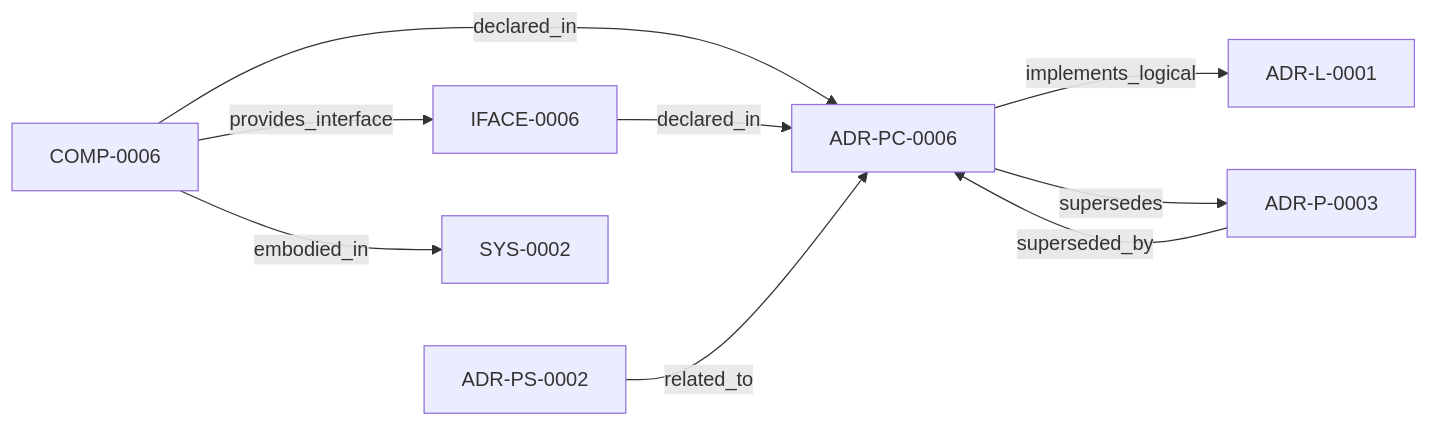
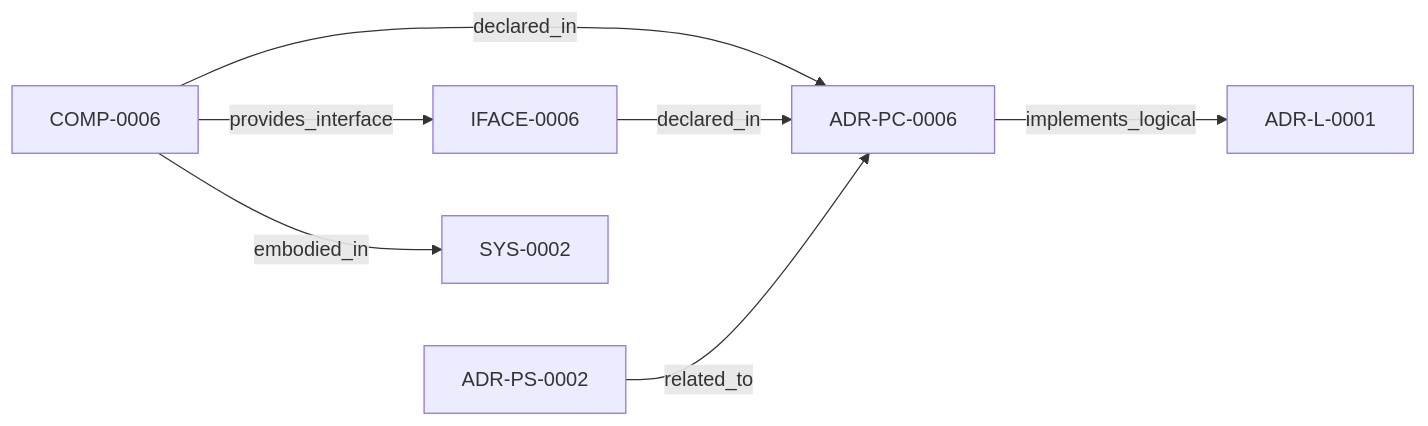
The diagram in adrs/adr-projection/physical-component/ADR-PC-0006-frontend-semantic-extraction.md (egallmann/ste-runtime), drawn with Mermaid before and after one commit. The commit also changed other lines of this file and 57 other files, not shown here.

````diff
--- a/adrs/adr-projection/physical-component/ADR-PC-0006-frontend-semantic-extraction.md
+++ b/adrs/adr-projection/physical-component/ADR-PC-0006-frontend-semantic-extraction.md
@@ -43,18 +43,15 @@
 ```mermaid
 flowchart LR
   n_019ff84e_4ece_791b_822f_21f537c95340["ADR-L-0001"]
   n_019ff84e_4ecf_73e1_8c0f_19a06db3004b["ADR-PC-0006"]
   n_019ff84e_4ecf_745c_9a2f_9fef67bdbe8d["COMP-0006"]
   n_019ff84e_4ecf_7900_893e_359d4c304446["IFACE-0006"]
   n_019ff84e_4ed0_73d5_aa3f_dfbfd18b339c["ADR-PS-0002"]
   n_019ff84e_4ed0_767d_a90d_e98e673532cc["SYS-0002"]
-  n_019ff84e_4ed0_7fa4_b739_80447b4e3085["ADR-P-0003"]
   n_019ff84e_4ecf_745c_9a2f_9fef67bdbe8d -->|"declared_in"| n_019ff84e_4ecf_73e1_8c0f_19a06db3004b
   n_019ff84e_4ecf_7900_893e_359d4c304446 -->|"declared_in"| n_019ff84e_4ecf_73e1_8c0f_19a06db3004b
   n_019ff84e_4ecf_745c_9a2f_9fef67bdbe8d -->|"embodied_in"| n_019ff84e_4ed0_767d_a90d_e98e673532cc
   n_019ff84e_4ecf_73e1_8c0f_19a06db3004b -->|"implements_logical"| n_019ff84e_4ece_791b_822f_21f537c95340
   n_019ff84e_4ecf_745c_9a2f_9fef67bdbe8d -->|"provides_interface"| n_019ff84e_4ecf_7900_893e_359d4c304446
   n_019ff84e_4ed0_73d5_aa3f_dfbfd18b339c -->|"related_to"| n_019ff84e_4ecf_73e1_8c0f_19a06db3004b
-  n_019ff84e_4ed0_7fa4_b739_80447b4e3085 -->|"superseded_by"| n_019ff84e_4ecf_73e1_8c0f_19a06db3004b
-  n_019ff84e_4ecf_73e1_8c0f_19a06db3004b -->|"supersedes"| n_019ff84e_4ed0_7fa4_b739_80447b4e3085
 ```
````
